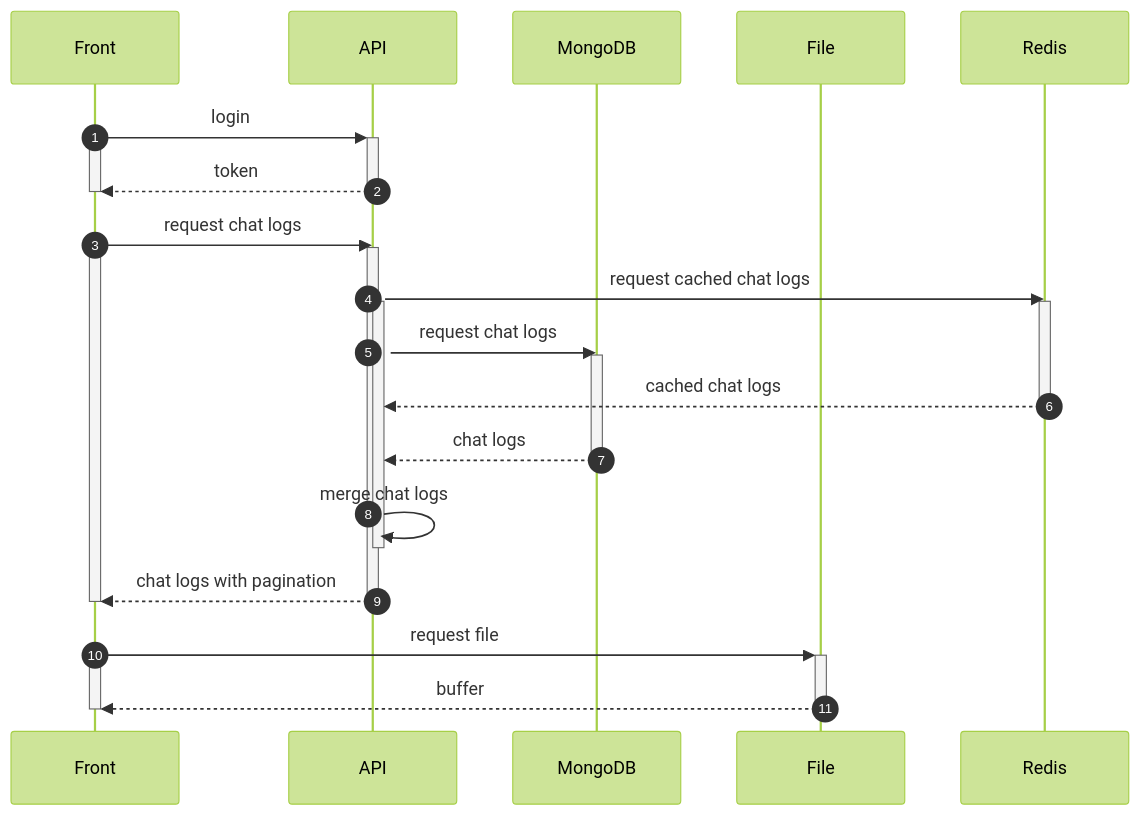
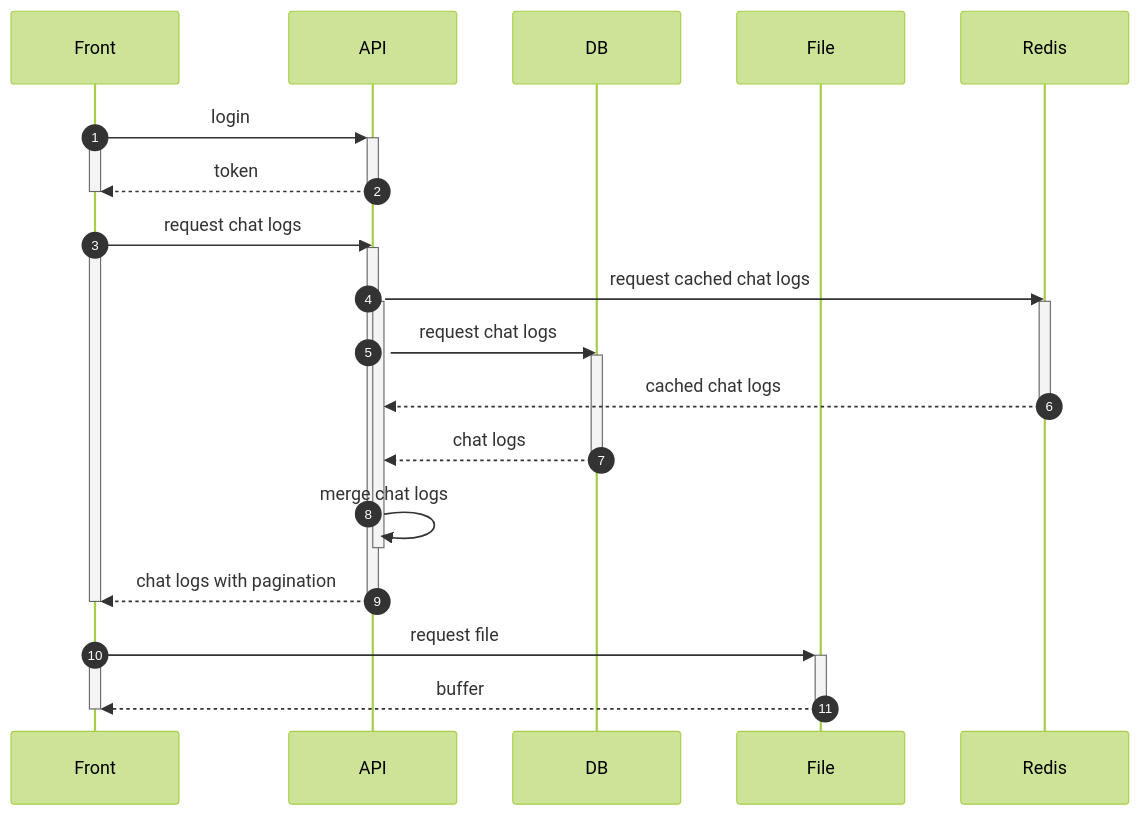
Before and after one commit to 0vollov0/chatting-server: the third of 3 diagrams in README.md, drawn with Mermaid (forest theme). The commit also changed other lines of this file and 1 other file, not shown here.

````diff
--- a/README.md
+++ b/README.md
@@ -96,39 +124,39 @@
 ```mermaid
 sequenceDiagram
   participant front as Front
   participant api as API
-  participant mongodb as MongoDB
+  participant db as DB
   participant file as File
   participant redis as Redis
   
   autonumber
   
   front ->>+ api: login
   activate front
   api -->>- front: token
   deactivate front
 
   front ->> api: request chat logs
   activate front
   activate api
   api ->> redis: request cached chat logs
   activate redis
   activate api
-  api ->> mongodb: request chat logs
-  activate mongodb
+  api ->> db: request chat logs
+  activate db
   redis -->> api: cached chat logs
   deactivate redis
-  mongodb -->> api: chat logs
-  deactivate mongodb
+  db -->> api: chat logs
+  deactivate db
   api ->> api: merge chat logs
   deactivate api
   api -->> front: chat logs with pagination
   deactivate api
   deactivate front
 
   front ->>+ file: request file
   activate front
   file -->>- front: buffer
   deactivate front
 
 ```
````
